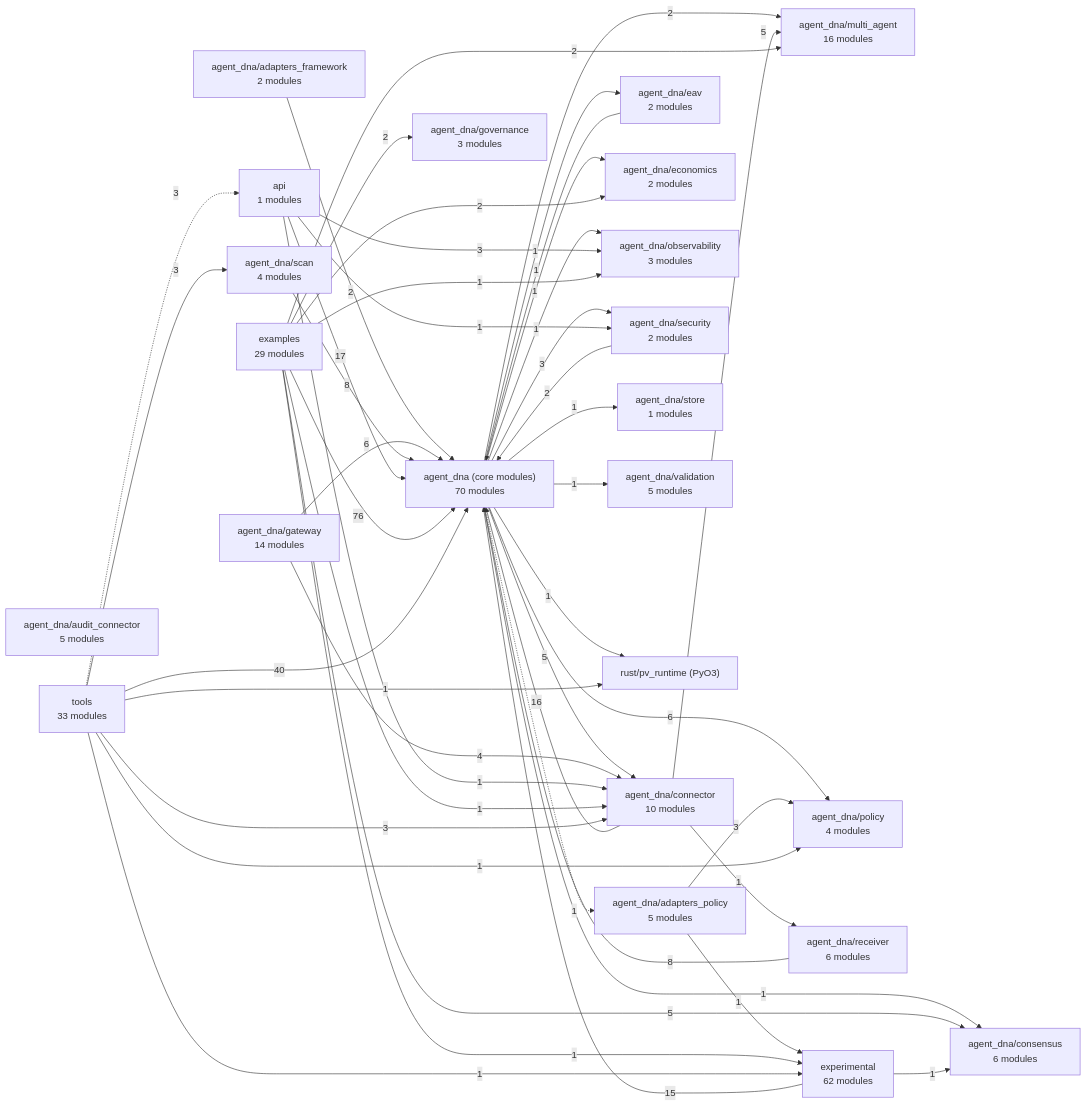
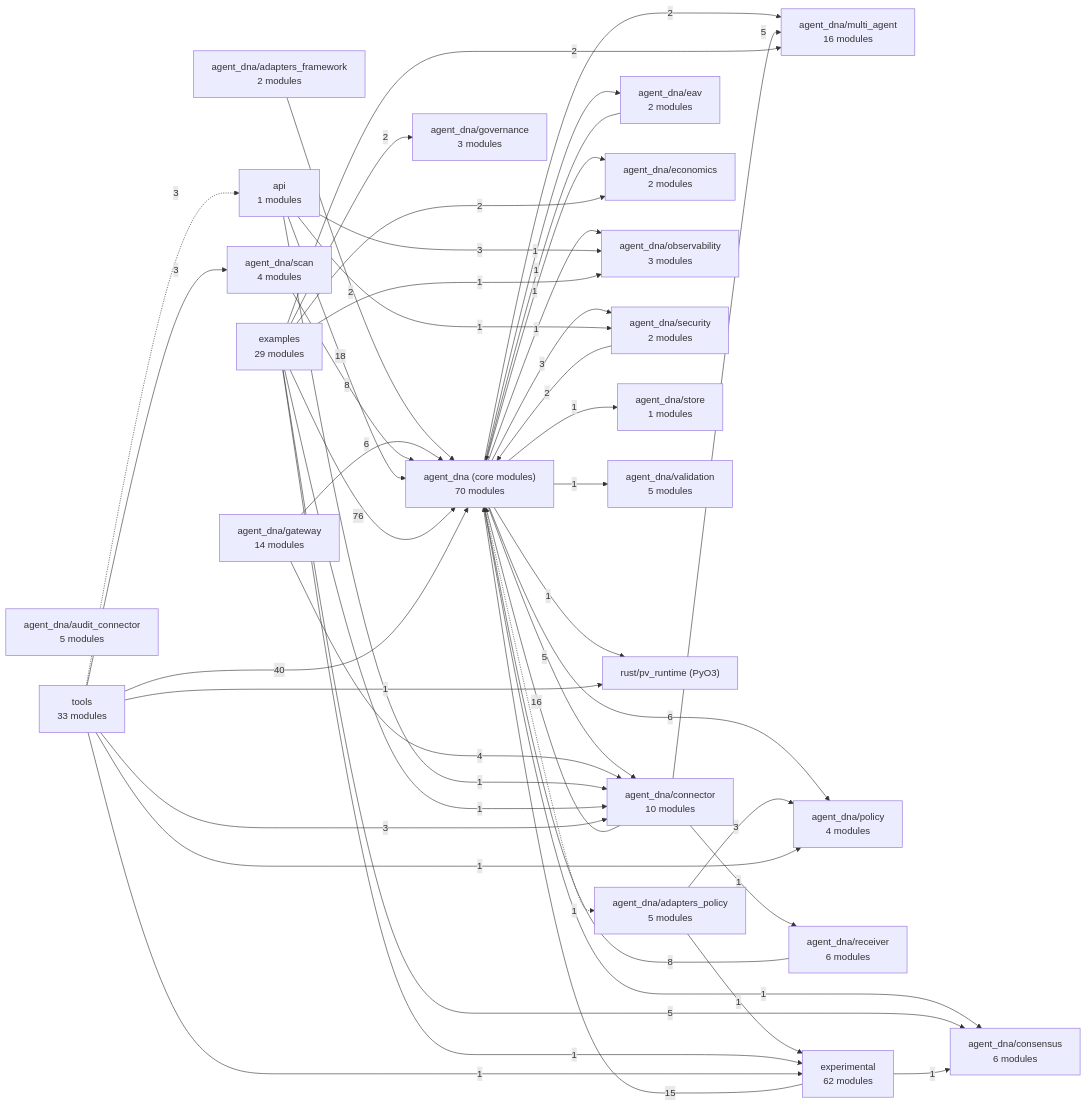
One commit to LOLA0786/privatevault-agent-dna changed the diagram in docs/architecture/MAP.md. Above: the diagram before and after it, drawn with Mermaid. The commit also changed 14 other files, not shown here.

````diff
--- a/docs/architecture/MAP.md
+++ b/docs/architecture/MAP.md
@@ -7,71 +7,71 @@
 ```mermaid
 flowchart LR
   n0["agent_dna (core modules)<br/>70 modules"]
   n1["agent_dna/adapters_framework<br/>2 modules"]
   n2["agent_dna/adapters_policy<br/>5 modules"]
   n3["agent_dna/audit_connector<br/>5 modules"]
   n4["agent_dna/connector<br/>10 modules"]
   n5["agent_dna/consensus<br/>6 modules"]
   n6["agent_dna/eav<br/>2 modules"]
   n7["agent_dna/economics<br/>2 modules"]
   n8["agent_dna/gateway<br/>14 modules"]
   n9["agent_dna/governance<br/>3 modules"]
   n10["agent_dna/multi_agent<br/>16 modules"]
   n11["agent_dna/observability<br/>3 modules"]
   n12["agent_dna/policy<br/>4 modules"]
   n13["agent_dna/receiver<br/>6 modules"]
   n14["agent_dna/scan<br/>4 modules"]
   n15["agent_dna/security<br/>2 modules"]
   n16["agent_dna/store<br/>1 modules"]
   n17["agent_dna/validation<br/>5 modules"]
   n18["api<br/>1 modules"]
   n19["examples<br/>29 modules"]
   n20["experimental<br/>62 modules"]
   n21["rust/pv_runtime (PyO3)"]
   n22["tools<br/>33 modules"]
   n0 -.->|1| n2
   n0 -->|5| n4
   n0 -->|1| n5
   n0 -->|1| n6
   n0 -->|1| n7
   n0 -->|2| n10
   n0 -->|1| n11
   n0 -->|6| n12
   n0 -->|3| n15
   n0 -->|1| n16
   n0 -->|1| n17
   n0 -->|1| n21
   n1 -->|2| n0
   n2 -->|3| n12
   n2 -->|1| n20
   n4 -->|16| n0
   n4 -->|5| n10
   n4 -->|1| n13
   n6 -->|1| n0
   n8 -->|6| n0
   n8 -->|4| n4
   n13 -->|8| n0
   n14 -->|8| n0
   n15 -->|2| n0
-  n18 -->|17| n0
+  n18 -->|18| n0
   n18 -->|1| n4
   n18 -->|3| n11
   n18 -->|1| n15
   n19 -->|76| n0
   n19 -->|1| n4
   n19 -->|5| n5
   n19 -->|2| n7
   n19 -->|2| n9
   n19 -->|2| n10
   n19 -->|1| n11
   n19 -->|1| n20
   n20 -->|15| n0
   n20 -->|1| n5
   n22 -->|40| n0
   n22 -->|3| n4
   n22 -->|1| n12
   n22 -->|3| n14
   n22 -.->|3| n18
   n22 -->|1| n20
   n22 -->|1| n21
 ```
````
